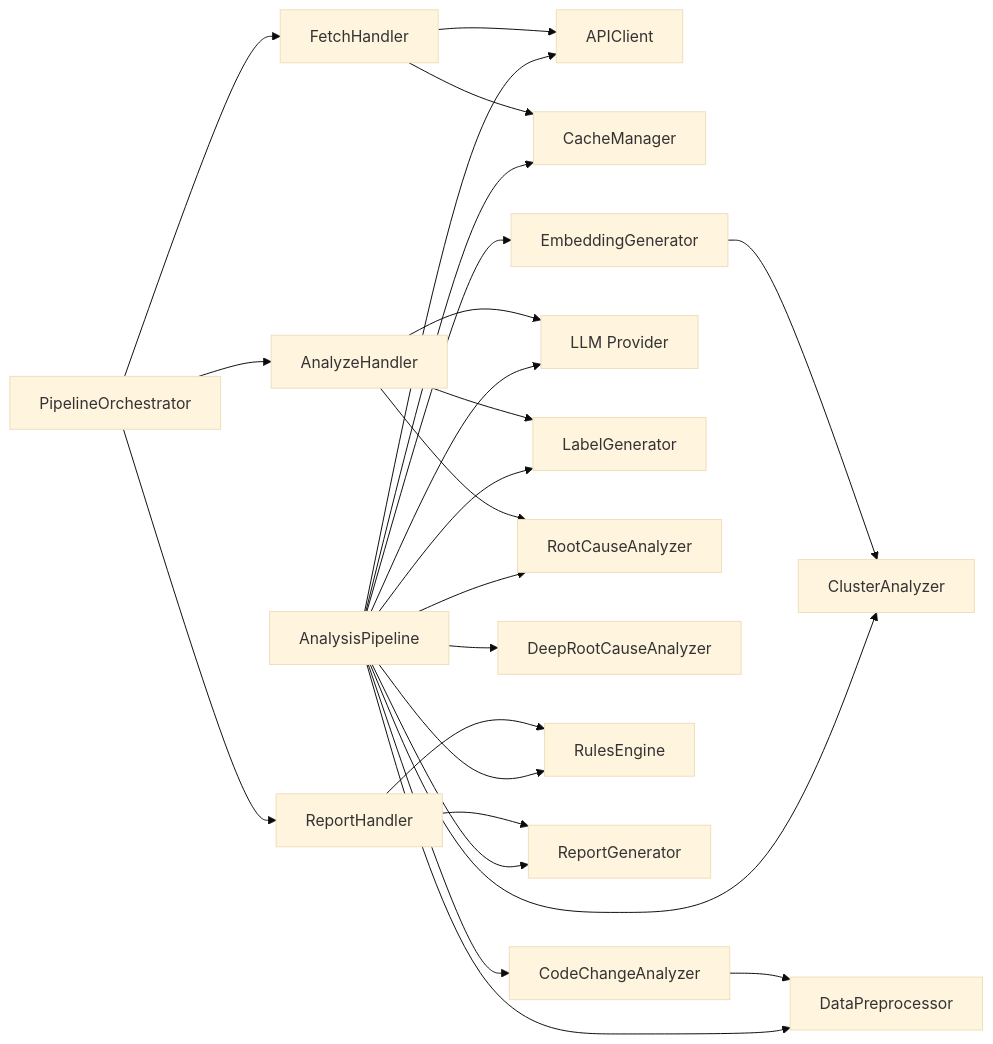
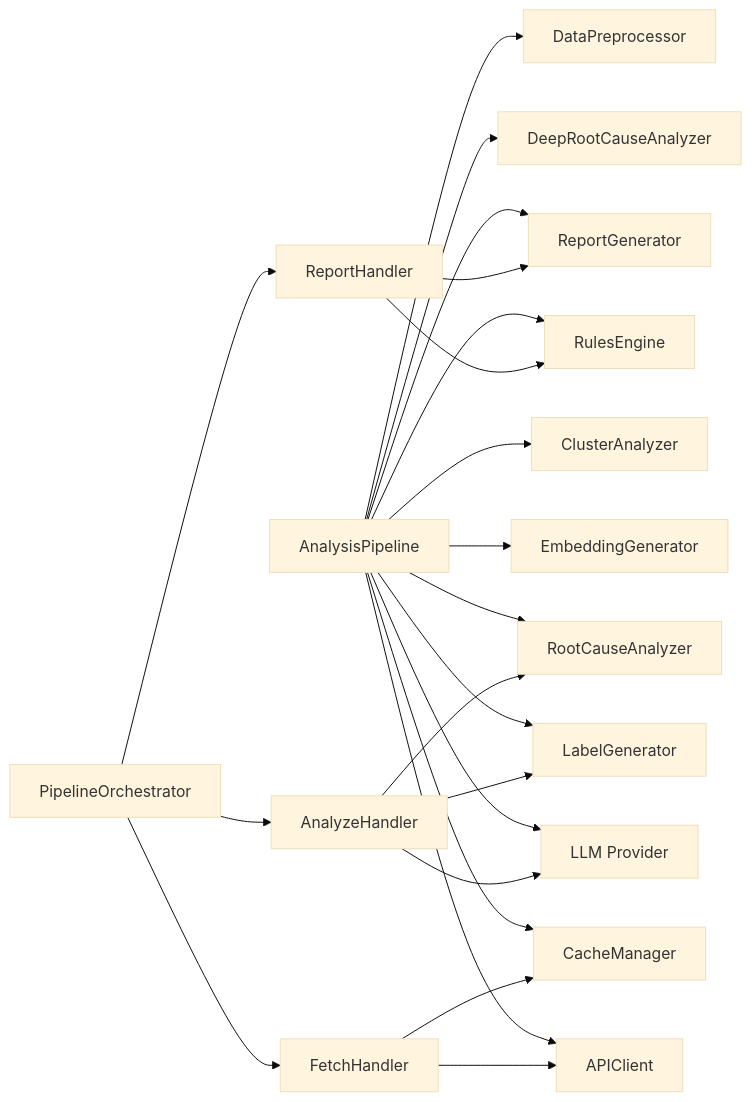
One commit to boyingliu01/fault-review-analyzer changed the sixth of 6 diagrams in .qoder/repowiki/zh/content/核心架构/核心组件/分析流水线编排器.md. Above: the diagram before and after it, drawn with Mermaid (base theme). The commit also changed other lines of this file and 125 other files, not shown here.

````diff
--- a/.qoder/repowiki/zh/content/核心架构/核心组件/分析流水线编排器.md
+++ b/.qoder/repowiki/zh/content/核心架构/核心组件/分析流水线编排器.md
@@ -581,27 +406,24 @@
 ```mermaid
 graph LR
 Pipe["AnalysisPipeline"] --> API["APIClient"]
 Pipe --> Cache["CacheManager"]
 Pipe --> Emb["EmbeddingGenerator"]
 Pipe --> Clust["ClusterAnalyzer"]
 Pipe --> LLM["LLM Provider"]
 Pipe --> Label["LabelGenerator"]
 Pipe --> RCA["RootCauseAnalyzer"]
 Pipe --> DeepRCA["DeepRootCauseAnalyzer"]
 Pipe --> Rules["RulesEngine"]
 Pipe --> Report["ReportGenerator"]
 Pipe --> Prep["DataPreprocessor"]
-Pipe --> CodeDiff["CodeChangeAnalyzer"]
 Orchestrator["PipelineOrchestrator"] --> FetchH["FetchHandler"]
 Orchestrator --> AnalyzeH["AnalyzeHandler"]
 Orchestrator --> ReportH["ReportHandler"]
 FetchH --> API
 FetchH --> Cache
 AnalyzeH --> LLM
 AnalyzeH --> Label
 AnalyzeH --> RCA
 ReportH --> Rules
 ReportH --> Report
-CodeDiff --> Prep
-Emb --> Clust
 ```
````
